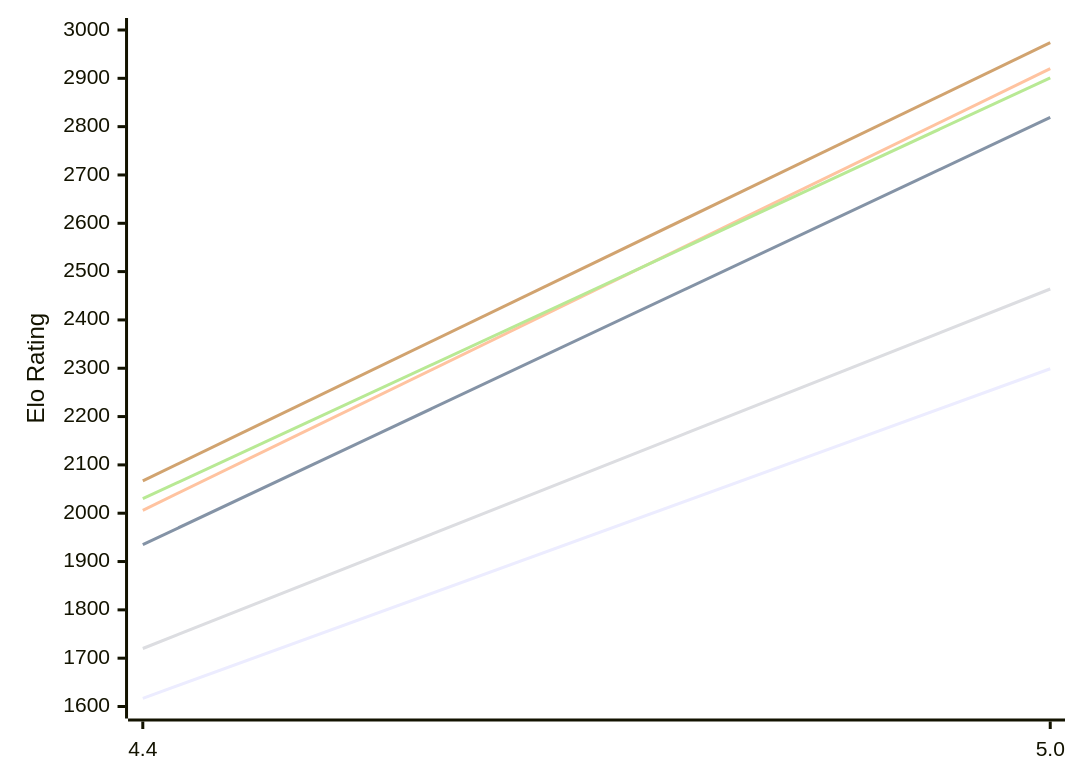
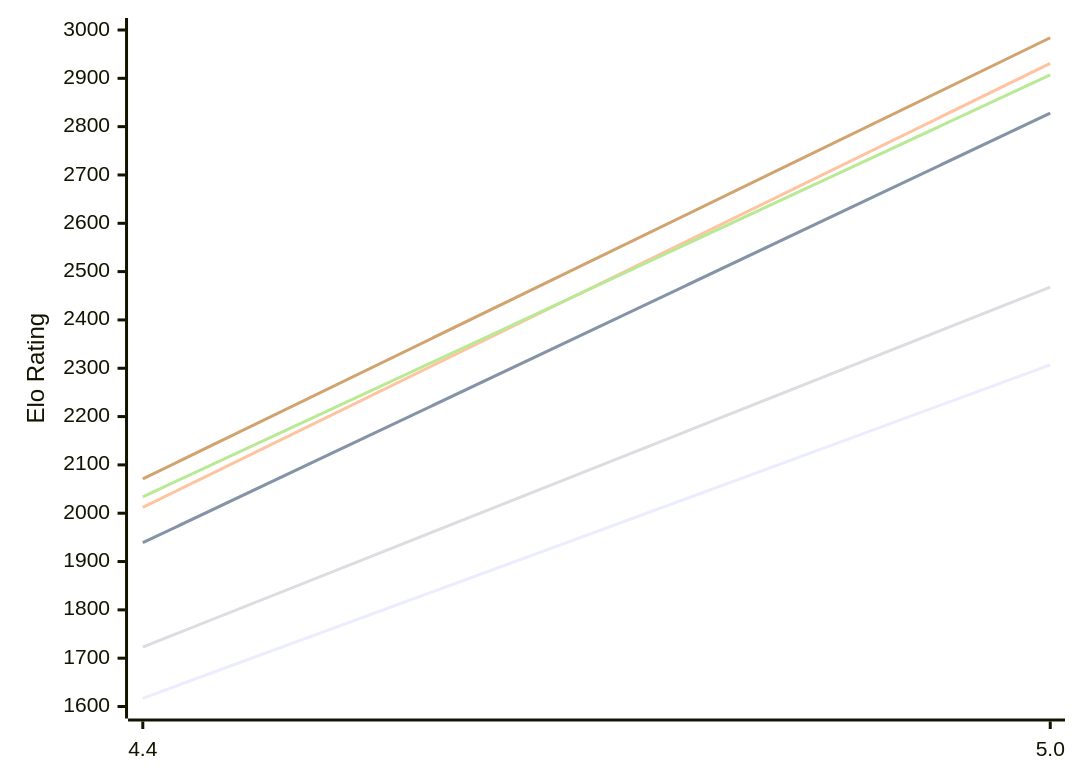
One commit to computer-chess-index/cci changed the first of 2 diagrams in engines/Radiance.md. Above: the diagram before and after it, drawn with Mermaid. The commit also changed other lines of this file, not shown here.

Commit message:
Update CCI Ratings (ELO VLTC) - 2026-11-03

````diff
--- a/engines/Radiance.md
+++ b/engines/Radiance.md
@@ -51,12 +51,12 @@
 ```mermaid
 %%{init: {"theme":"base","themeVariables":{"seriesColors:['#a3a3a3','#222221','#faa371']}}}%%
 xychart-beta
   x-axis ["4.4", "5.0"]
   y-axis "Elo Rating" 1600 --> 3000
-  line "E1: STC (8.0+0.08s)" [1617, 2299]
-  line "E1: LTC (60.0+0.60s)" [1935, 2819]
-  line "E1: VLTC (2m24s+1.12s)" [2006, 2920]
-  line "P1: STC (8.0+0.08s)" [1720, 2464]
-  line "P1: LTC (60.0+0.60s)" [2030, 2901]
-  line "P1: VLTC (2m24s+1.12s)" [2067, 2974]
+  line "E1: STC (8.0+0.08s)" [1617, 2307]
+  line "E1: LTC (60.0+0.60s)" [1939, 2828]
+  line "E1: VLTC (2m24s+1.12s)" [2012, 2931]
+  line "P1: STC (8.0+0.08s)" [1723, 2468]
+  line "P1: LTC (60.0+0.60s)" [2034, 2907]
+  line "P1: VLTC (2m24s+1.12s)" [2071, 2984]
 ```
````
